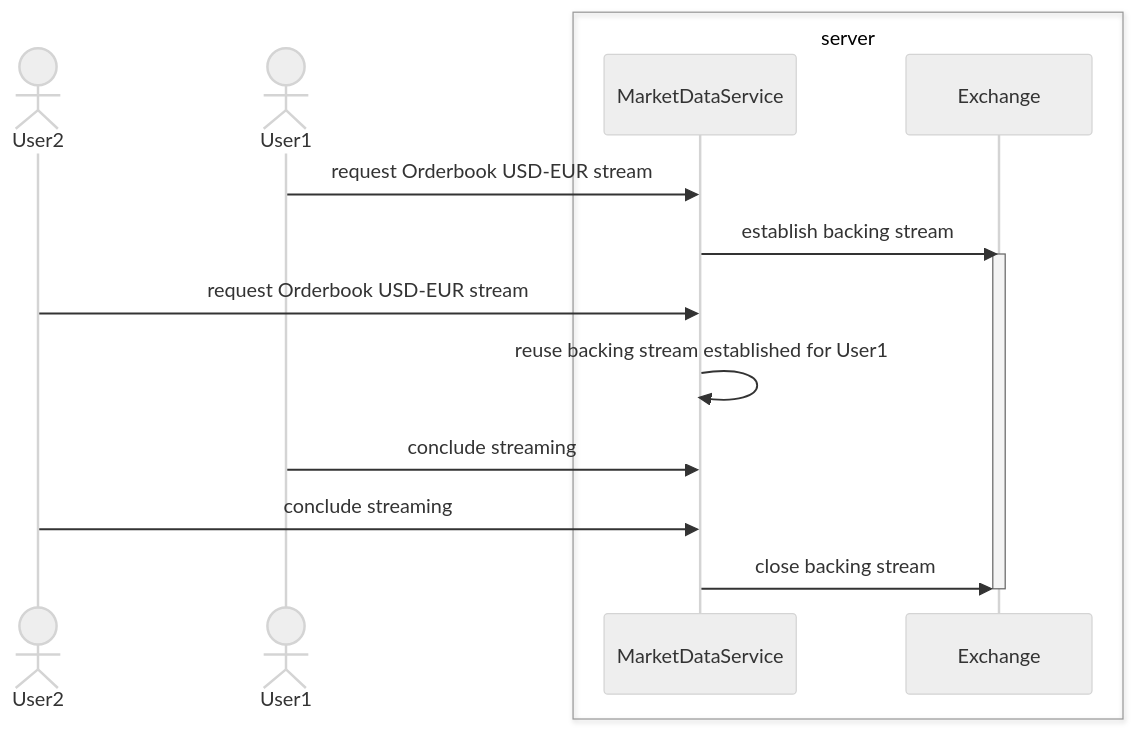
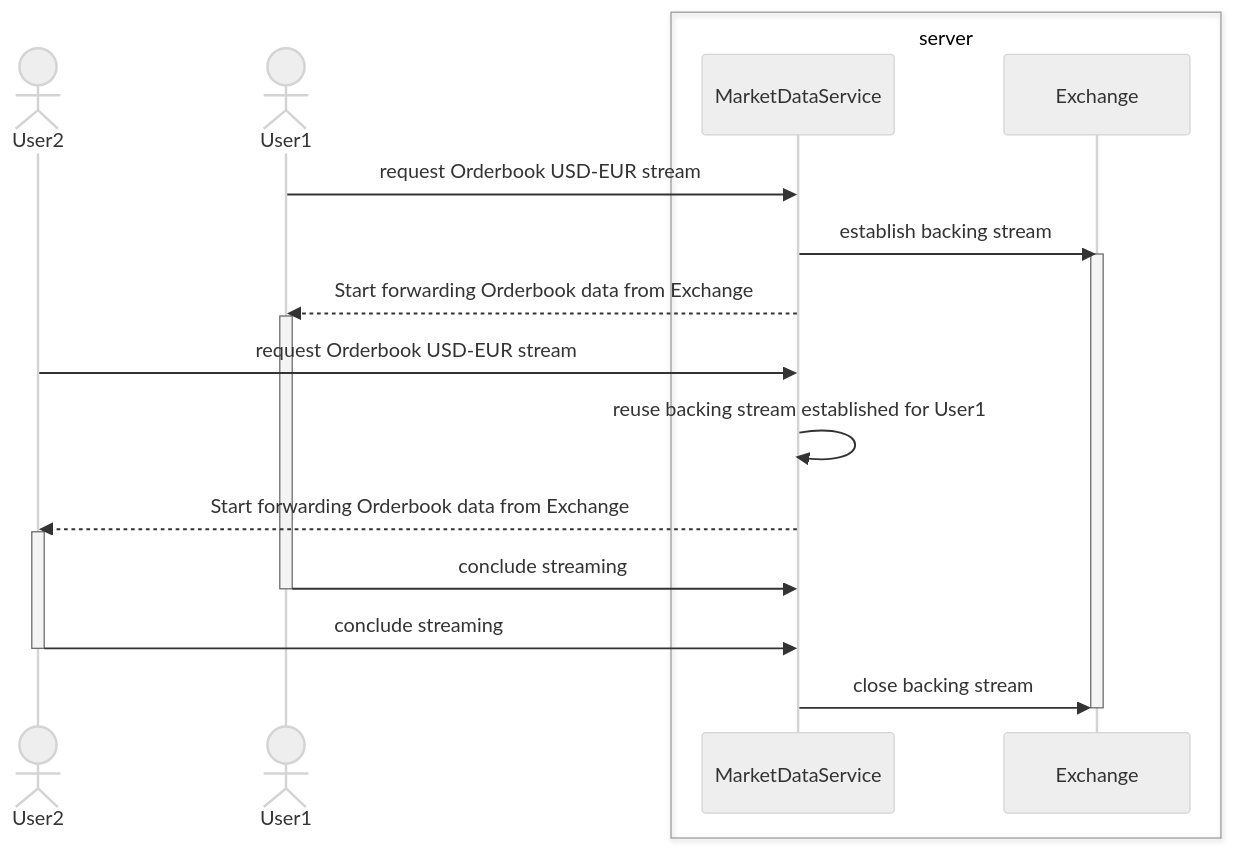
Before and after one commit to koutsoulis/CryptoFeedAggregator: the second of 3 diagrams in README.md, drawn with Mermaid (neutral theme). The commit also changed other lines of this file, not shown here.

````diff
--- a/README.md
+++ b/README.md
@@ -36,18 +34,24 @@
 ```mermaid
 sequenceDiagram
     actor User2
     actor User1
     box server
     participant MarketDataService
     participant Exchange
     end
     User1 ->> MarketDataService: request Orderbook USD-EUR stream
     MarketDataService ->> Exchange: establish backing stream
     activate Exchange
+    MarketDataService -->> User1: Start forwarding Orderbook data from Exchange
+    activate User1
     User2 ->> MarketDataService: request Orderbook USD-EUR stream
     MarketDataService ->> MarketDataService: reuse backing stream established for User1
+    MarketDataService -->> User2: Start forwarding Orderbook data from Exchange
+    activate User2
     User1 ->> MarketDataService: conclude streaming
+    deactivate User1
     User2 ->> MarketDataService: conclude streaming
+    deactivate User2
     MarketDataService ->> Exchange: close backing stream
     deactivate Exchange
 ```
````
